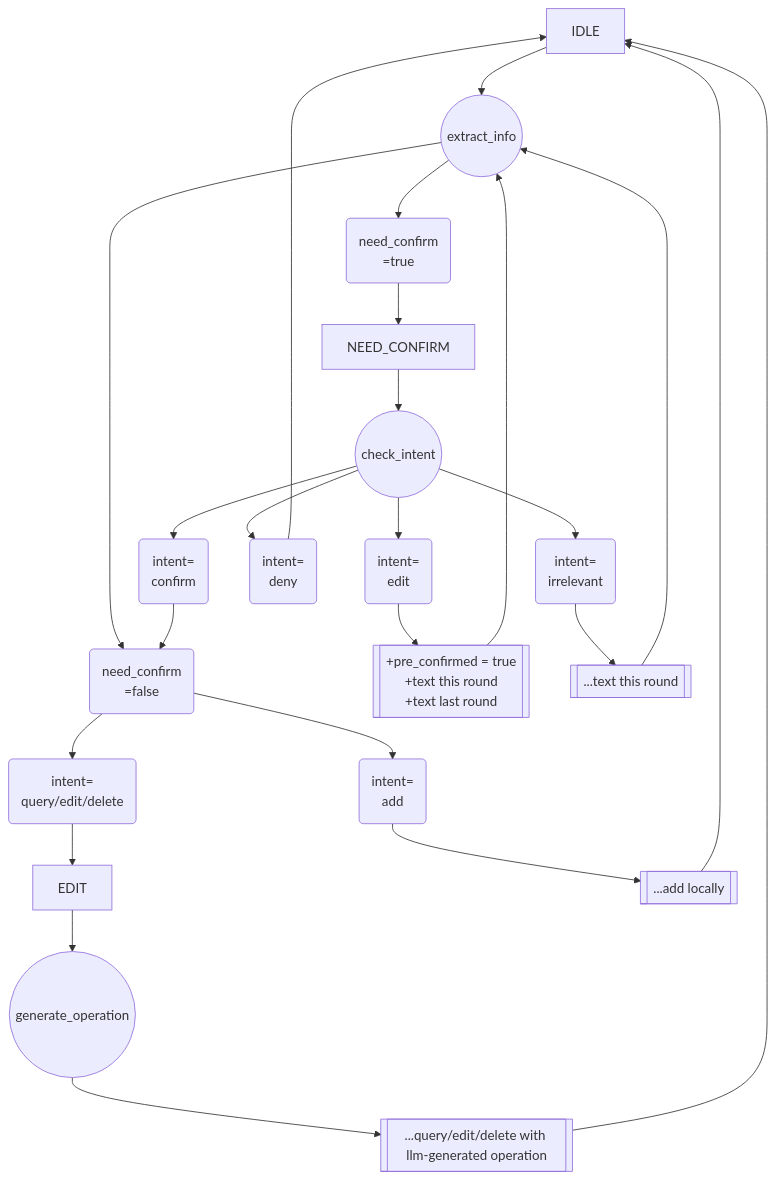
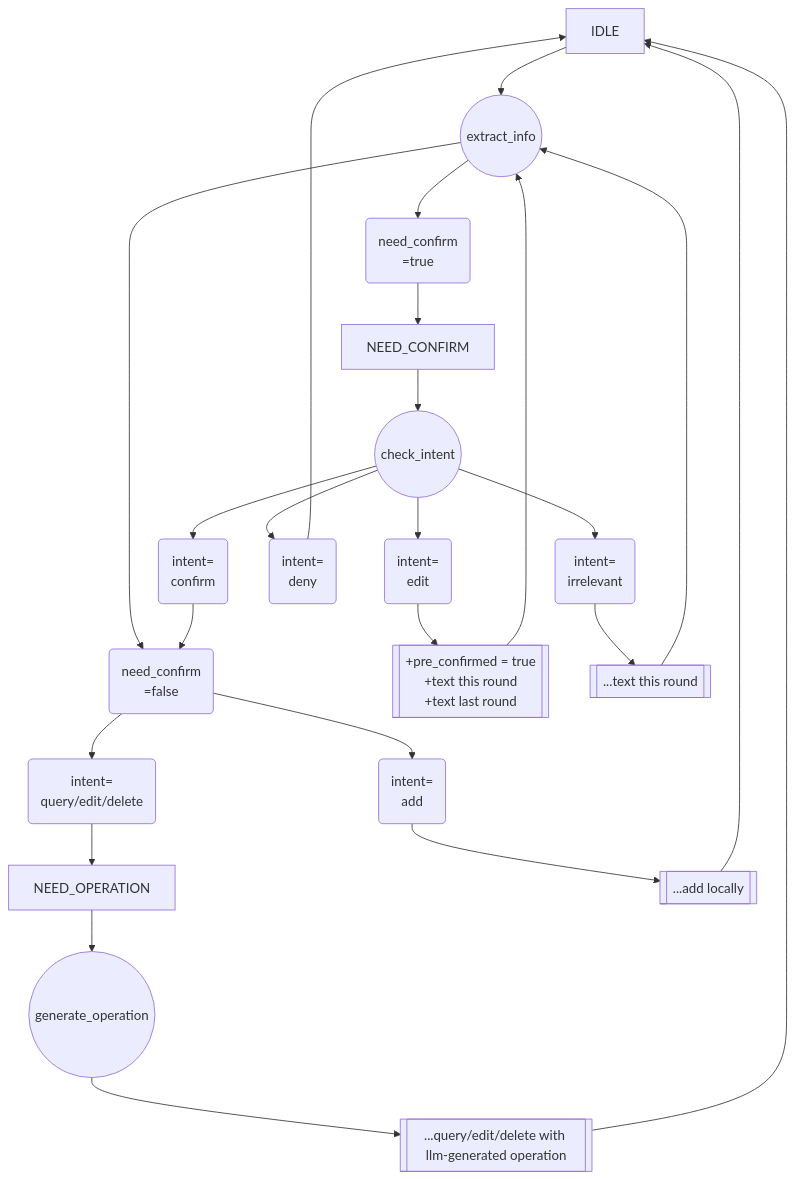
Before and after one commit to riiiiiiin/robot-class: the diagram in llm/model_lmfa.md, drawn with Mermaid. The commit also changed other lines of this file and 3 other files, not shown here.

````diff
--- a/llm/model_lmfa.md
+++ b/llm/model_lmfa.md
@@ -12,40 +12,40 @@
 ```mermaid
 graph TD
 IDLE[IDLE]
 NEED_CONFIRM[NEED_CONFIRM]
-EDIT[EDIT]
+NEED_OPERATION[NEED_OPERATION]
 
 IDLE --> e1((extract_info))
 e1 --> n1(need_confirm
             =true)
 n1 --> NEED_CONFIRM
 e1 --> n2(need_confirm
             =false)
 n2 --> n3(intent=
             add)
    --> s1[[...add locally]]
    --> IDLE
 n2 --> n4(intent=
             query/edit/delete)
-   --> EDIT
+   --> NEED_OPERATION
    --> e2((generate_operation))
    --> s2[[...query/edit/delete with llm-generated operation]]
    --> IDLE
 NEED_CONFIRM --> e3((check_intent))
 e3 --> n5(intent=
         confirm)
    --> n2
 e3 --> n7(intent=
         edit)
    --> s3[[+pre_confirmed = true
            +text this round
            +text last round]]
    --> e1
 e3 --> n6(intent=
         deny)
    --> IDLE
 e3 --> n8(intent=
         irrelevant)
    --> s4[[...text this round]]
    --> e1
 ```
````
